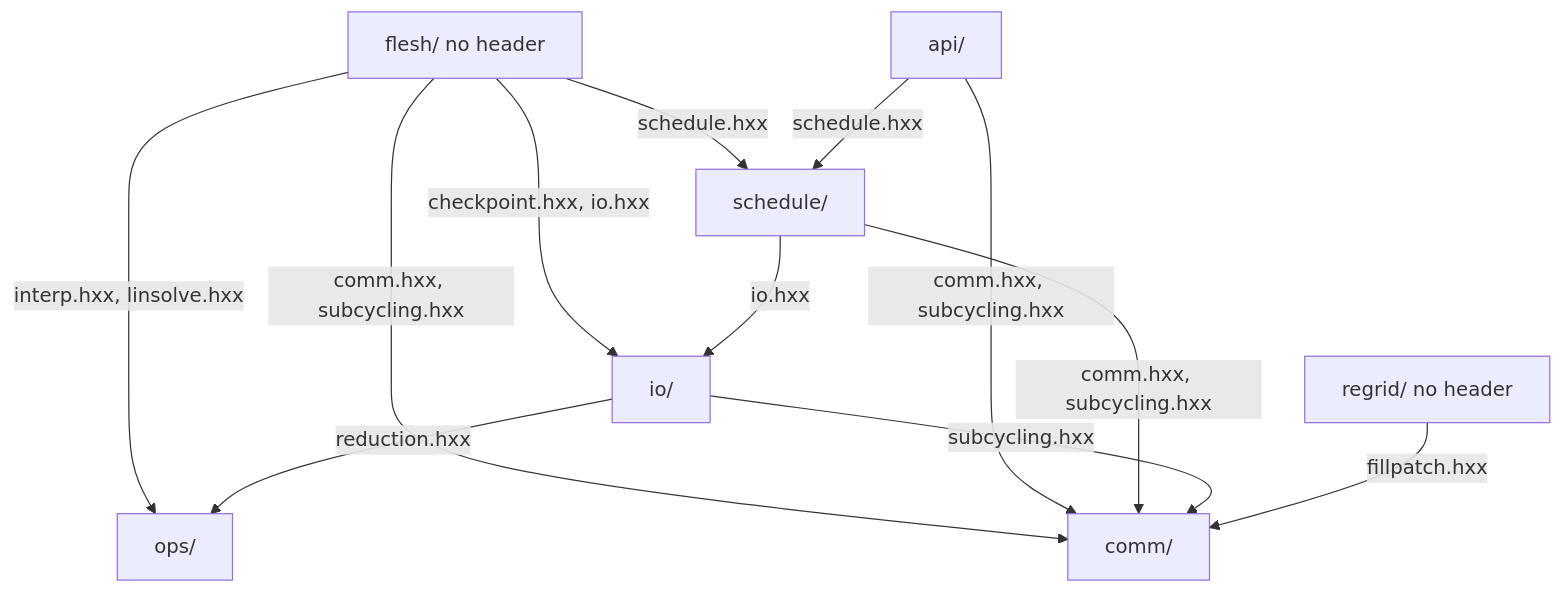
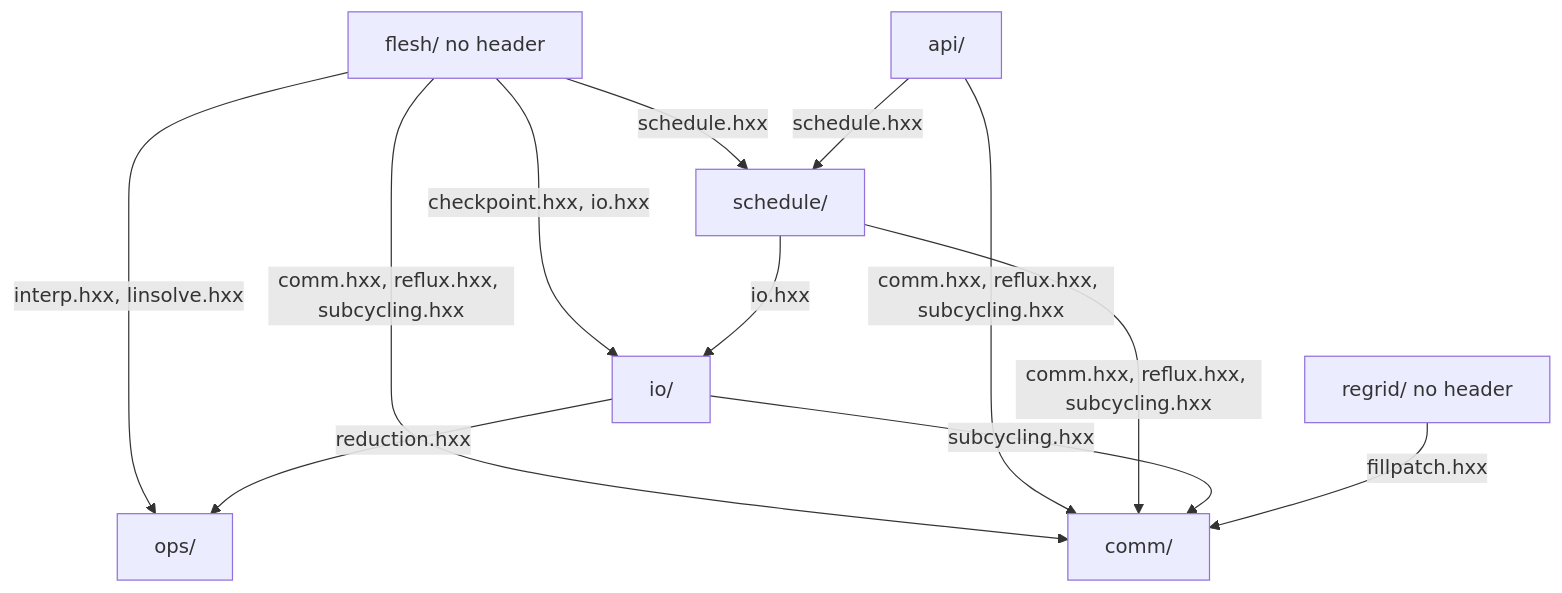
Before and after one commit to lwJi/CarpetX: the second of 3 diagrams in agent_docs/carpetx-internals.md, drawn with Mermaid. The commit also changed other lines of this file and 9 other files, not shown here.

First line of the commit message:
CarpetX: move reflux out of sync_restrict.cxx into comm/reflux.cxx

````diff
--- a/agent_docs/carpetx-internals.md
+++ b/agent_docs/carpetx-internals.md
@@ -35,22 +35,22 @@
 ```mermaid
 %% python3 scripts/lint doc --write rewrites this block: the includes
 flowchart TB
   flesh["flesh/ no header"]
   api["api/"]
   schedule["schedule/"]
   io["io/"]
   ops["ops/"]
   regrid["regrid/ no header"]
   comm["comm/"]
   flesh -- "schedule.hxx" --> schedule
   flesh -- "checkpoint.hxx, io.hxx" --> io
   flesh -- "interp.hxx, linsolve.hxx" --> ops
-  flesh -- "comm.hxx, subcycling.hxx" --> comm
+  flesh -- "comm.hxx, reflux.hxx, subcycling.hxx" --> comm
   api -- "schedule.hxx" --> schedule
-  api -- "comm.hxx, subcycling.hxx" --> comm
+  api -- "comm.hxx, reflux.hxx, subcycling.hxx" --> comm
   schedule -- "io.hxx" --> io
-  schedule -- "comm.hxx, subcycling.hxx" --> comm
+  schedule -- "comm.hxx, reflux.hxx, subcycling.hxx" --> comm
   io -- "reduction.hxx" --> ops
   io -- "subcycling.hxx" --> comm
   regrid -- "fillpatch.hxx" --> comm
 ```
````
